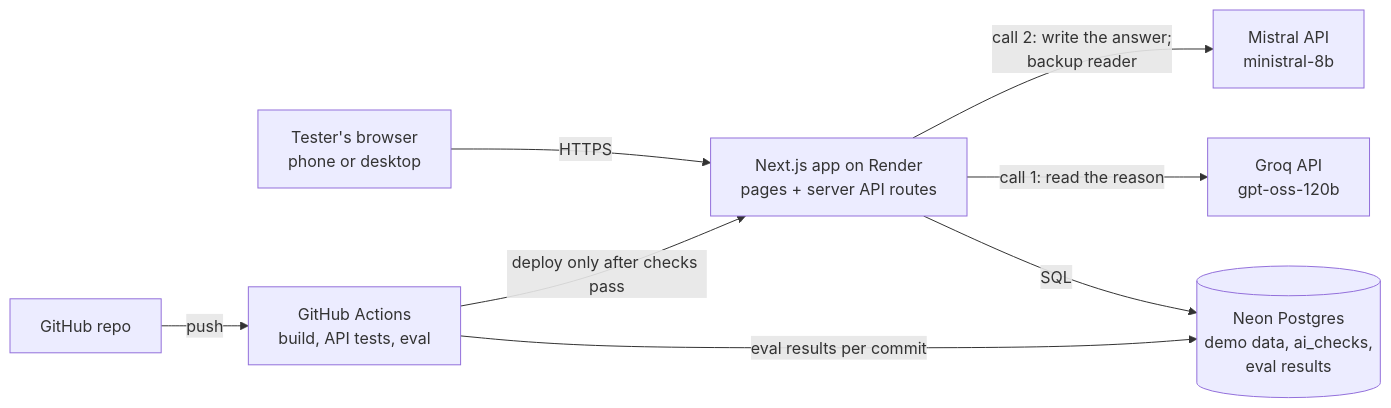
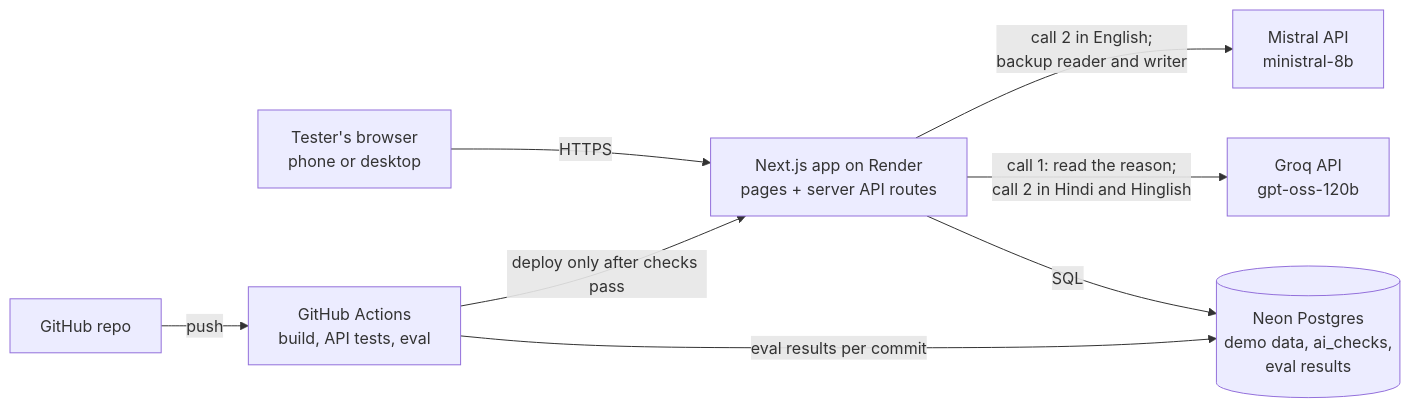
Before and after one commit to aalpha00007-ui/GROWW_SIP: the second of 3 diagrams in Docs/architecture.md, drawn with Mermaid. The commit also changed other lines of this file and 23 other files, not shown here.

First line of the commit message:
Fix 5: no unsupported claims, Hindi and Hinglish by the bigger model, say why it fell back

````diff
--- a/Docs/architecture.md
+++ b/Docs/architecture.md
@@ -36,10 +36,10 @@
 ```mermaid
 flowchart LR
     U["Tester's browser<br/>phone or desktop"] -->|HTTPS| W["Next.js app on Render<br/>pages + server API routes"]
     W -->|SQL| DB[("Neon Postgres<br/>demo data, ai_checks,<br/>eval results")]
-    W -->|"call 1: read the reason"| Q["Groq API<br/>gpt-oss-120b"]
-    W -->|"call 2: write the answer;<br/>backup reader"| M["Mistral API<br/>ministral-8b"]
+    W -->|"call 1: read the reason;<br/>call 2 in Hindi and Hinglish"| Q["Groq API<br/>gpt-oss-120b"]
+    W -->|"call 2 in English;<br/>backup reader and writer"| M["Mistral API<br/>ministral-8b"]
     G["GitHub repo"] -->|push| CI["GitHub Actions<br/>build, API tests, eval"]
     CI -->|"eval results per commit"| DB
     CI -->|"deploy only after checks pass"| W
 ```
````
